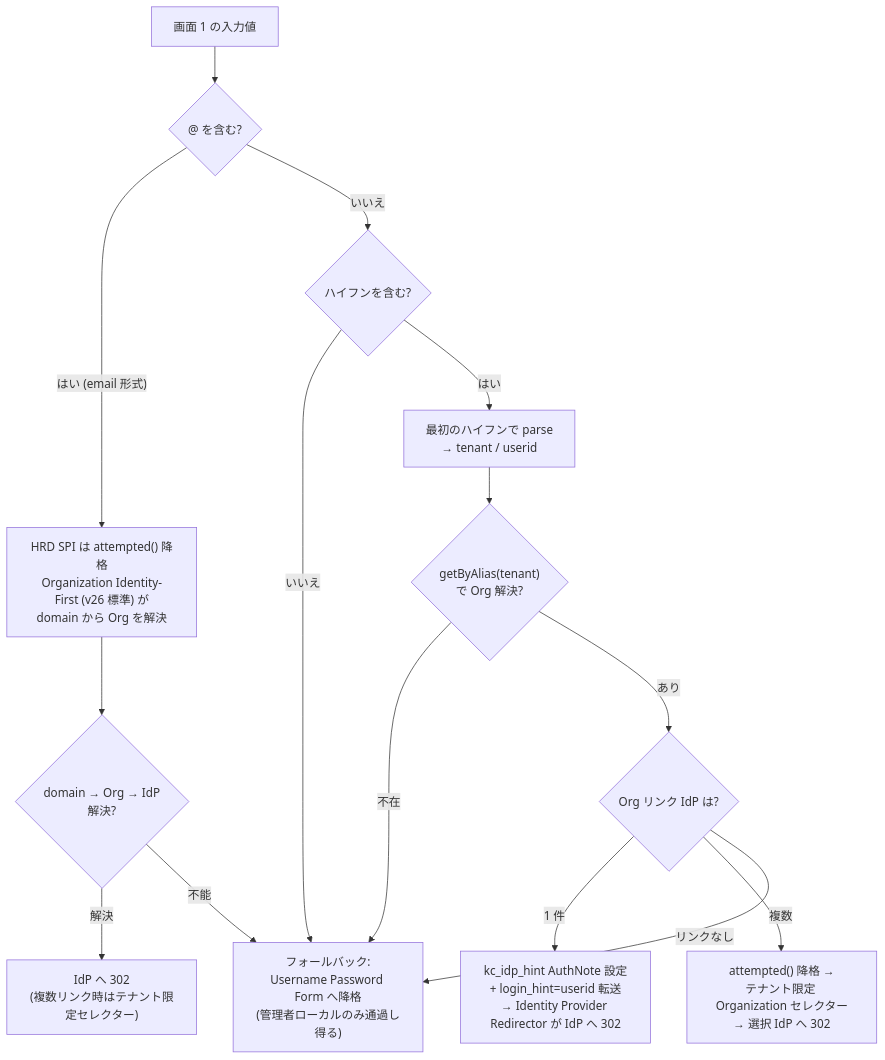
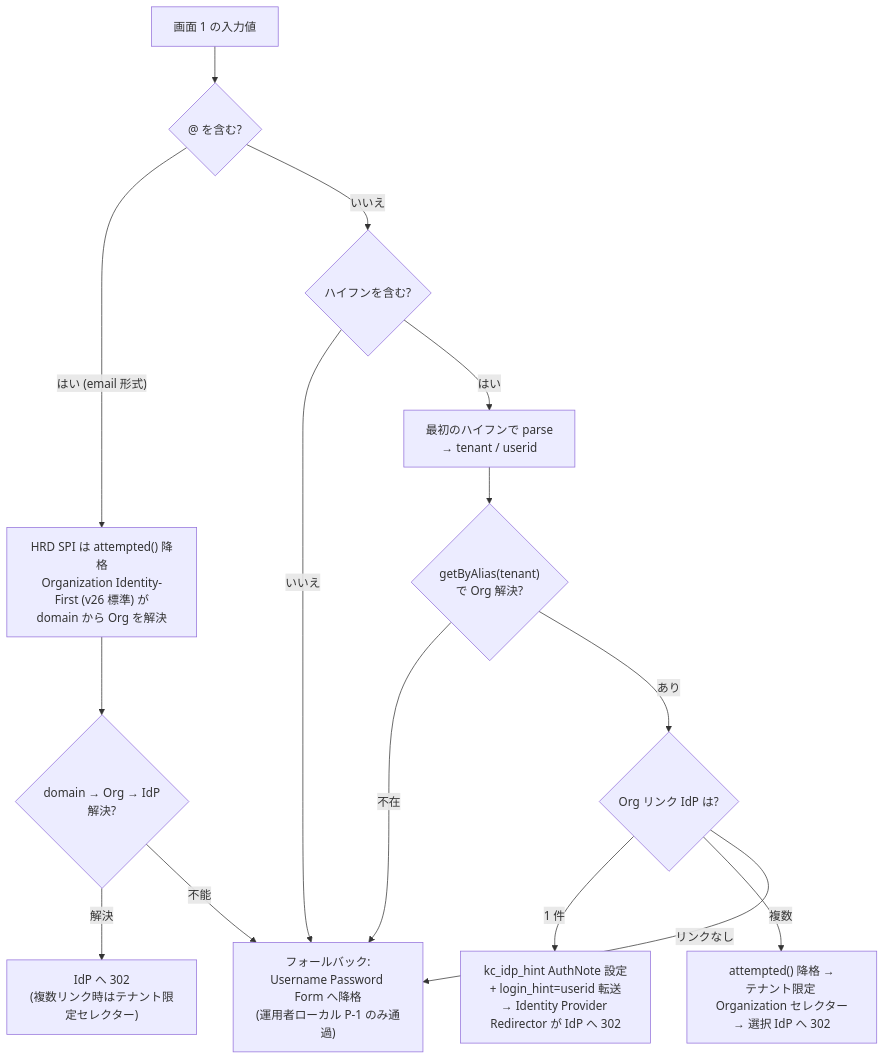
The second of 3 diagrams in doc/basic-design/02-keycloak-logical-design.md (suepie/aws-atuh-poc), drawn with Mermaid before and after one commit. The commit also changed other lines of this file and 19 other files, not shown here.

````diff
--- a/doc/basic-design/02-keycloak-logical-design.md
+++ b/doc/basic-design/02-keycloak-logical-design.md
@@ -258,17 +258,17 @@
 ```mermaid
 flowchart TB
     IN["画面 1 の入力値"] --> Q1{"@ を含む?"}
     Q1 -->|"はい (email 形式)"| A1["HRD SPI は attempted() 降格<br/>Organization Identity-First (v26 標準) が<br/>domain から Org を解決"]
     Q1 -->|"いいえ"| Q2{"ハイフンを含む?"}
-    Q2 -->|"いいえ"| FB["フォールバック:<br/>Username Password Form へ降格<br/>(管理者ローカルのみ通過し得る)"]
+    Q2 -->|"いいえ"| FB["フォールバック:<br/>Username Password Form へ降格<br/>(運用者ローカル P-1 のみ通過)"]
     Q2 -->|"はい"| P["最初のハイフンで parse<br/>→ tenant / userid"]
     P --> Q3{"getByAlias(tenant)<br/>で Org 解決?"}
     Q3 -->|"不在"| FB
     Q3 -->|"あり"| Q4{"Org リンク IdP は?"}
     Q4 -->|"1 件"| GO["kc_idp_hint AuthNote 設定<br/>+ login_hint=userid 転送<br/>→ Identity Provider Redirector が IdP へ 302"]
     Q4 -->|"複数"| SEL["attempted() 降格 →<br/>テナント限定 Organization セレクター<br/>→ 選択 IdP へ 302"]
     Q4 -->|"リンクなし"| FB
     A1 --> Q5{"domain → Org → IdP<br/>解決?"}
     Q5 -->|"解決"| GO2["IdP へ 302<br/>(複数リンク時はテナント限定セレクター)"]
     Q5 -->|"不能"| FB
 ```
````
